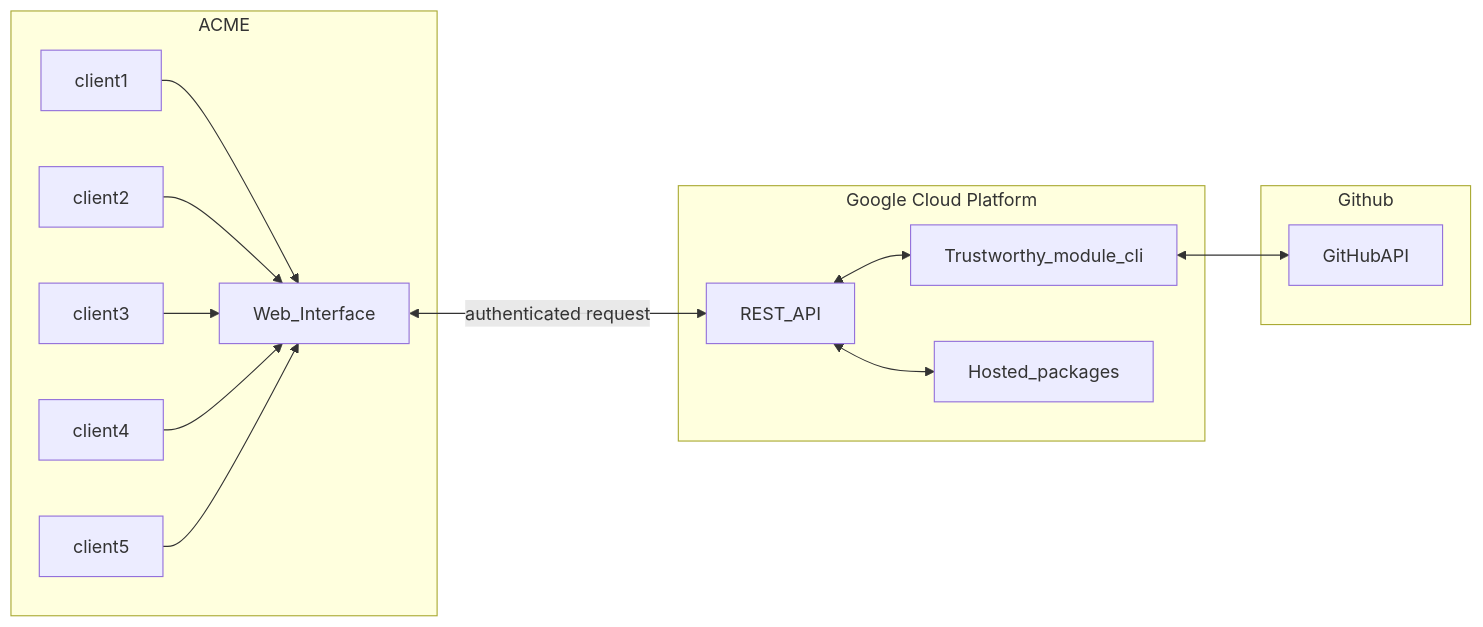
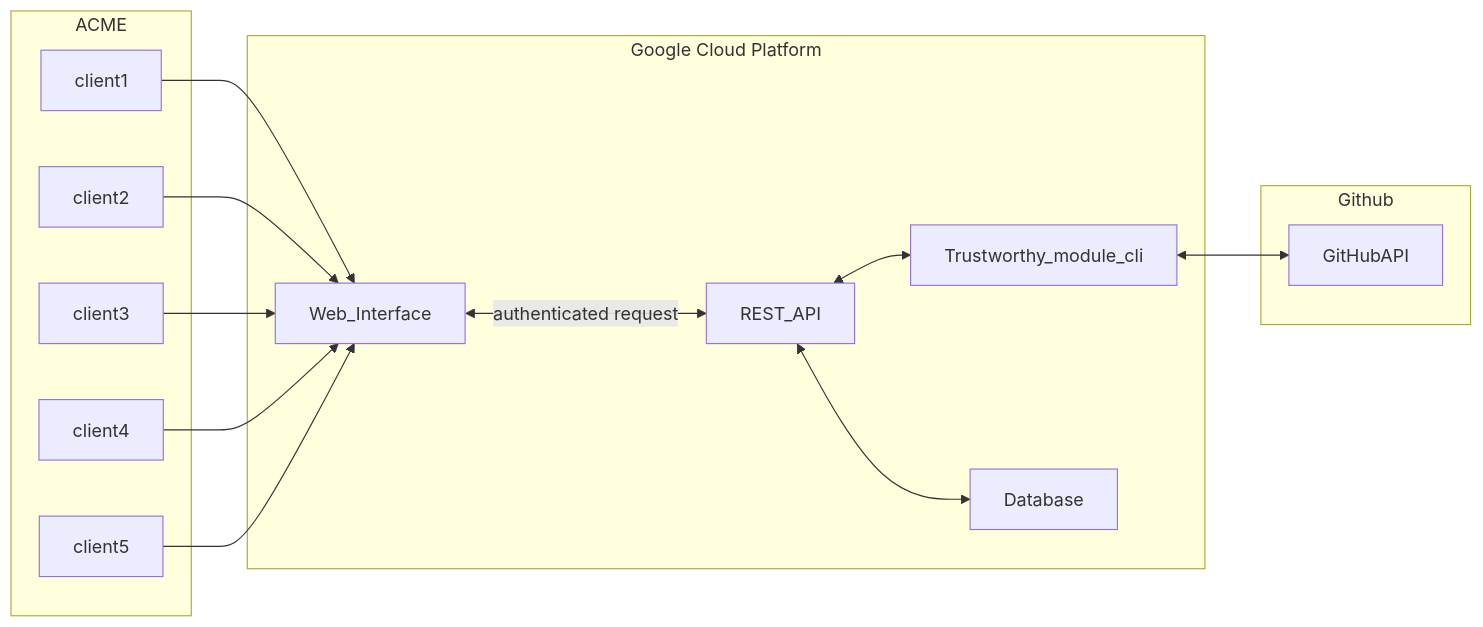
The first of 2 diagrams in profile/readme.md (2023-ECE461-group-10/.github), drawn with Mermaid before and after one commit. The commit also changed other lines of this file, not shown here.

Commit message:
Updated and added diagrams

````diff
--- a/profile/readme.md
+++ b/profile/readme.md
@@ -8,19 +8,24 @@
 ```mermaid
 graph LR
     subgraph ACME
+    client1
+    client2
+    client3
+    client4
+    client5
+    end
+    subgraph "Google Cloud Platform"
+    Web_Interface -- authenticated request <--> REST_API
+    REST_API <--> Trustworthy_module_cli 
+    REST_API <--> Database
+    end
+    subgraph "Github"
+    GitHubAPI
+    end
     client1 --> Web_Interface
     client2 --> Web_Interface
     client3 --> Web_Interface
     client4 --> Web_Interface
     client5 --> Web_Interface
-    end
-    subgraph "Google Cloud Platform"
-    REST_API <--> Trustworthy_module_cli 
-    REST_API <--> Hosted_packages
-    end
-    subgraph "Github"
-    GitHubAPI
-    end
-    Web_Interface -- authenticated request <--> REST_API
     Trustworthy_module_cli <--> GitHubAPI
 ```
````
